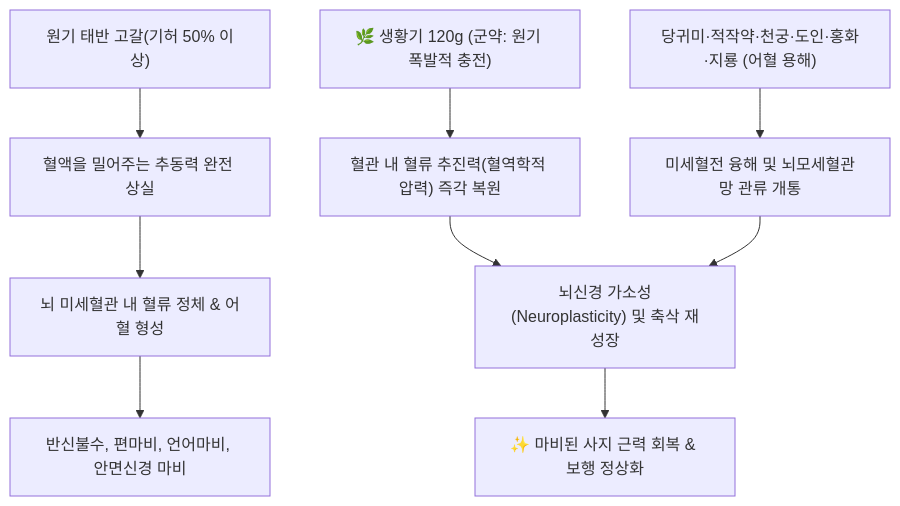
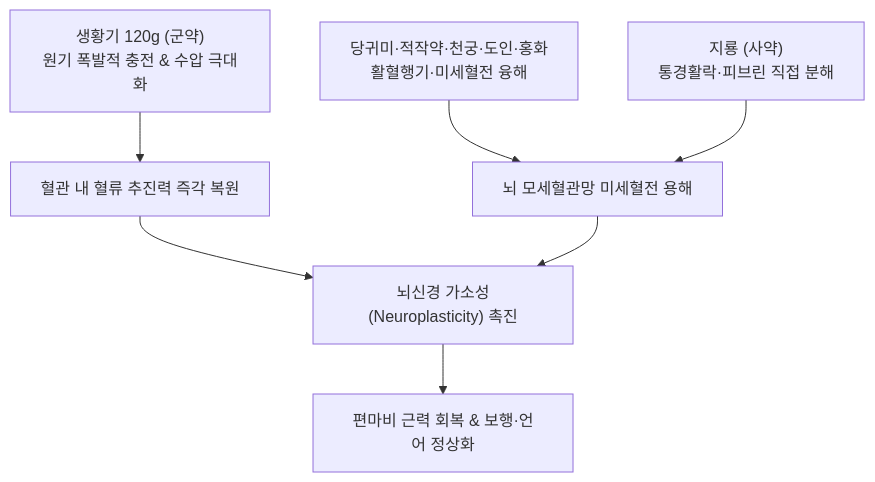
The diagram in content/2. 약리 공부/처방/05_활혈거어·지혈제/보양환오탕.md (simbio11/simbio-digital-garden2), drawn with Mermaid before and after one commit. The commit also changed other lines of this file and 248 other files, not shown here.

````diff
--- a/content/2. 약리 공부/처방/05_활혈거어·지혈제/보양환오탕.md
+++ b/content/2. 약리 공부/처방/05_활혈거어·지혈제/보양환오탕.md
@@ -39,13 +63,12 @@
 ```mermaid
 graph TD
-    QiDeficiency["원기 태반 고갈(기허 50% 이상)"] --> CannotDriveBlood["혈액을 밀어주는 추동력 완전 상실"]
-    CannotDriveBlood --> Microthrombus["뇌 미세혈관 내 혈류 정체 & 어혈 형성"]
-    Microthrombus --> Hemiplegia["반신불수, 편마비, 언어마비, 안면신경 마비"]
+    HQ["생황기 120g (군약)<br/>원기 폭발적 충전 & 수압 극대화"] --> PUSH["혈관 내 혈류 추진력 즉각 복원"]
     
-    HuangqiLarge["🌿 생황기 120g (군약: 원기 폭발적 충전)"] --> PushForce["혈관 내 혈류 추진력(혈역학적 압력) 즉각 복원"]
-    HerbalAdjuvants["당귀미·적작약·천궁·도인·홍화·지룡 (어혈 용해)"] --> DissolveClot["미세혈전 융해 및 뇌모세혈관망 관류 개통"]
+    HERB["당귀미·적작약·천궁·도인·홍화<br/>활혈행기·미세혈전 융해"] --> DISSOLVE["뇌 모세혈관망 미세혈전 용해"]
+    JL["지룡 (사약)<br/>통경활락·피브린 직접 분해"] --> DISSOLVE
     
-    PushForce --> Neuroplasticity["뇌신경 가소성(Neuroplasticity) 및 축삭 재성장"]
-    DissolveClot --> Neuroplasticity
-    Neuroplasticity --> MotorRecovery["✨ 마비된 사지 근력 회복 & 보행 정상화"]
+    PUSH --> RECOVERY["뇌신경 가소성(Neuroplasticity) 촉진"]
+    DISSOLVE --> RECOVERY
+    
+    RECOVERY --> TOTAL["편마비 근력 회복 & 보행·언어 정상화"]
 ```
````
